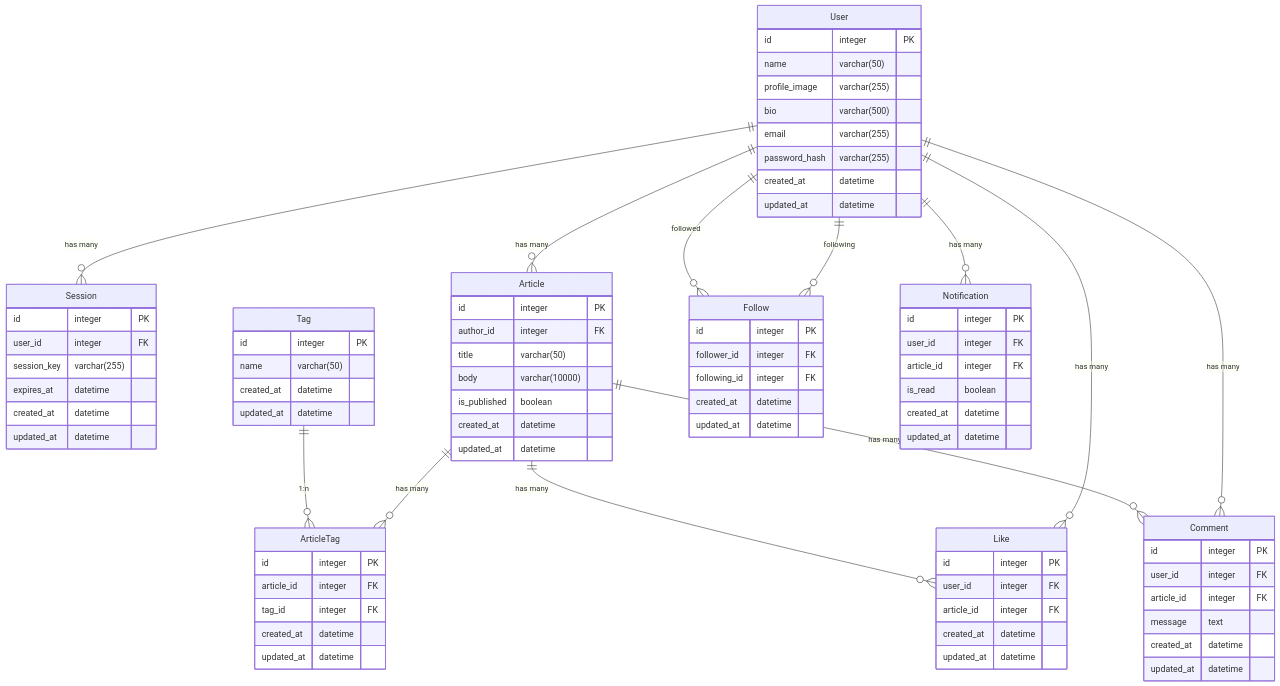
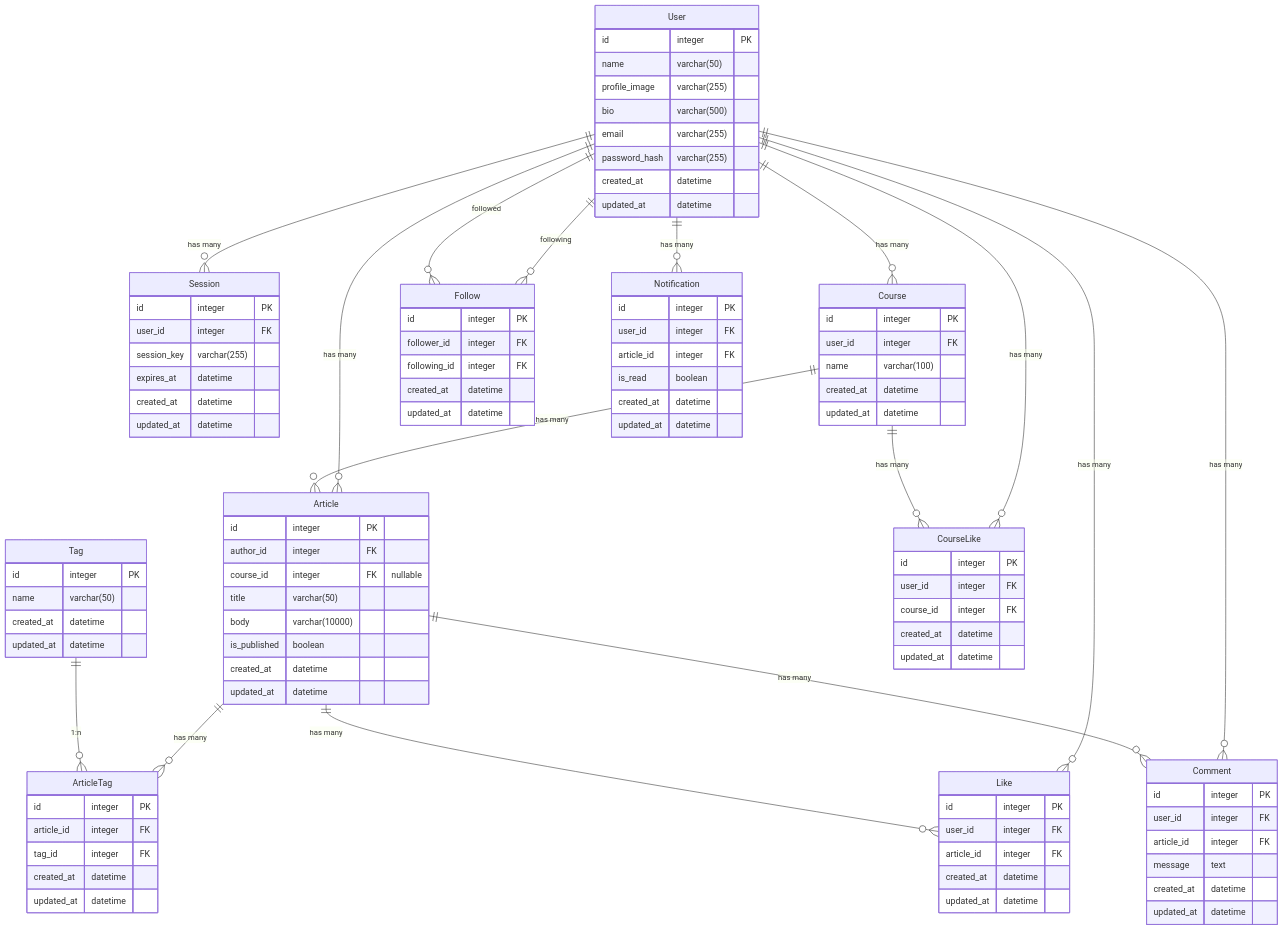
Before and after one commit to doguto/nari-note: the diagram in nari-note-backend/Documents/er-diagram.md, drawn with Mermaid. The commit also changed other lines of this file, not shown here.

Commit message:
Docs: ER図ドキュメントを更新してCourse/CourseLikeテーブルを追加

```diff
--- a/nari-note-backend/Documents/er-diagram.md
+++ b/nari-note-backend/Documents/er-diagram.md
@@ -11,11 +11,17 @@
 Article ||--o{ ArticleTag: "has many"
 Tag ||--o{ ArticleTag: "1:n"
 
+User ||--o{ Course: "has many"
+Course ||--o{ Article: "has many"
+
 User ||--o{ Follow: "following"
 User ||--o{ Follow: "followed"
 
 User ||--o{ Like: "has many"
 Article ||--o{ Like: "has many"
+
+User ||--o{ CourseLike: "has many"
+Course ||--o{ CourseLike: "has many"
 
 User ||--o{ Comment: "has many"
 Article ||--o{ Comment: "has many"
@@ -45,6 +51,7 @@
 Article {
     id integer PK
     author_id integer FK
+    course_id integer FK "nullable"
     title varchar(50)
     body varchar(10000)
     is_published boolean
@@ -63,6 +70,22 @@
     id integer PK
     article_id integer FK
     tag_id integer FK
+    created_at datetime
+    updated_at datetime
+}
+
+Course {
+    id integer PK
+    user_id integer FK
+    name varchar(100)
+    created_at datetime
+    updated_at datetime
+}
+
+CourseLike {
+    id integer PK
+    user_id integer FK
+    course_id integer FK
     created_at datetime
     updated_at datetime
 }
```
